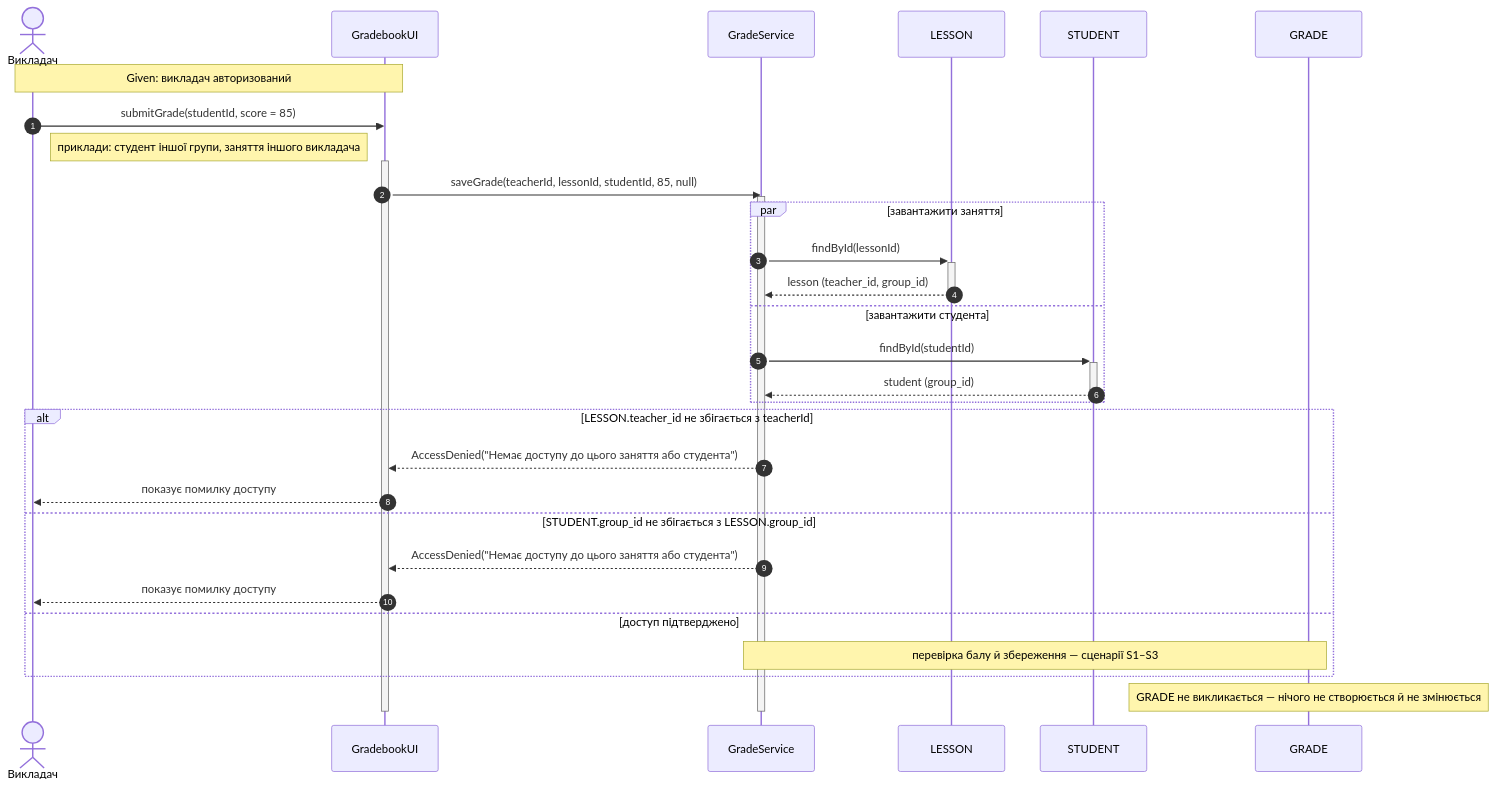
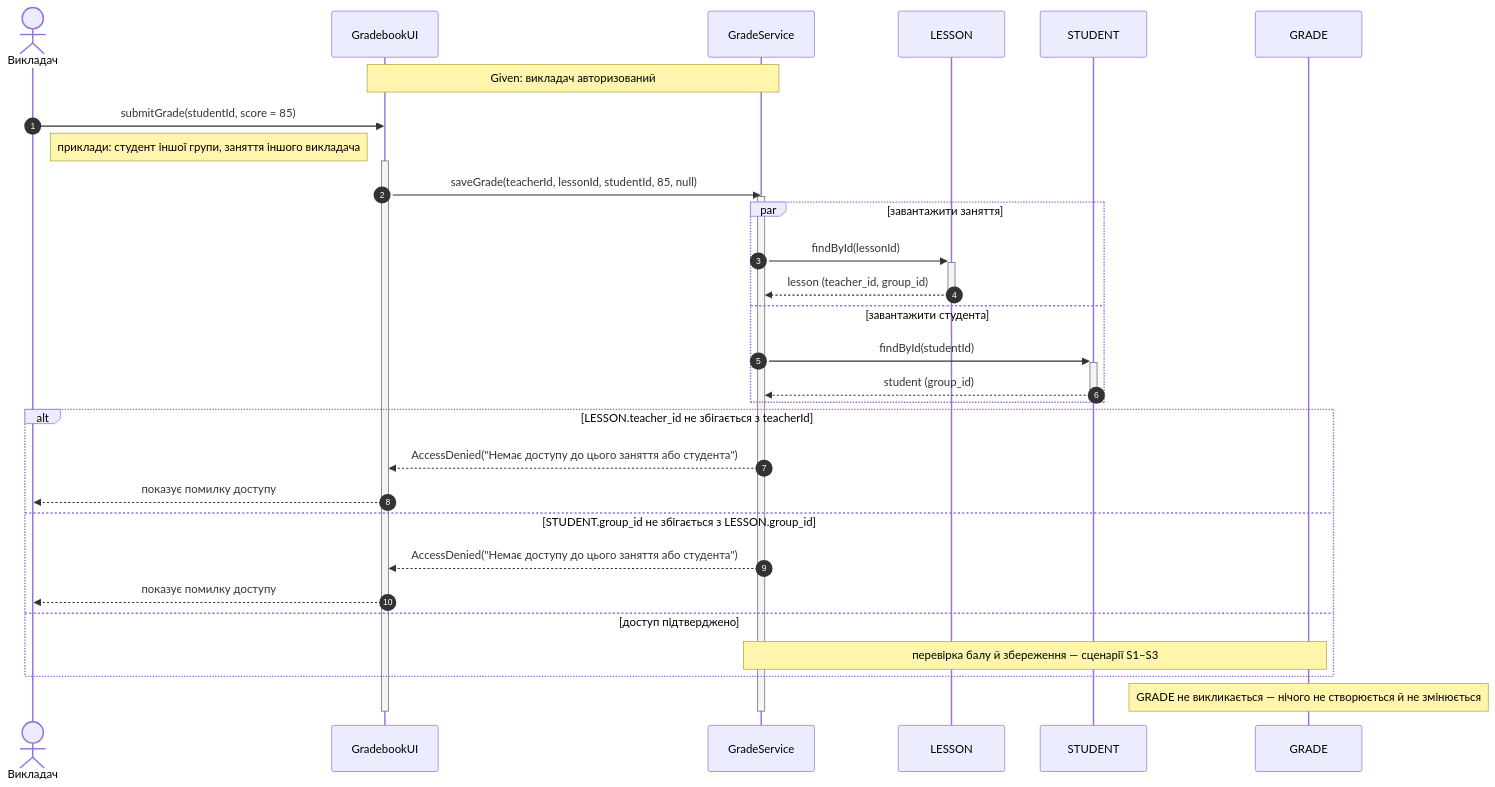
Before and after one commit to Mayki603/gradebook: the fourth of 6 diagrams in sequence-diagrams.md, drawn with Mermaid. The commit also changed other lines of this file, not shown here.

````diff
--- a/sequence-diagrams.md
+++ b/sequence-diagrams.md
@@ -168,36 +171,36 @@
 ```mermaid
 sequenceDiagram
     autonumber
     actor T as Викладач
     participant UI as GradebookUI
     participant GS as GradeService
     participant L as LESSON
     participant S as STUDENT
     participant G as GRADE
 
-    Note over T,UI: Given: викладач авторизований
+    Note over UI,GS: Given: викладач авторизований
     T->>UI: submitGrade(studentId, score = 85)
     Note right of T: приклади: студент іншої групи, заняття іншого викладача
     activate UI
     UI->>GS: saveGrade(teacherId, lessonId, studentId, 85, null)
     activate GS
     par завантажити заняття
         GS->>+L: findById(lessonId)
         L-->>-GS: lesson (teacher_id, group_id)
     and завантажити студента
         GS->>+S: findById(studentId)
         S-->>-GS: student (group_id)
     end
     alt LESSON.teacher_id не збігається з teacherId
         GS-->>UI: AccessDenied("Немає доступу до цього заняття або студента")
         UI-->>T: показує помилку доступу
     else STUDENT.group_id не збігається з LESSON.group_id
         GS-->>UI: AccessDenied("Немає доступу до цього заняття або студента")
         UI-->>T: показує помилку доступу
     else доступ підтверджено
         Note over GS,G: перевірка балу й збереження — сценарії S1–S3
     end
     Note over G: GRADE не викликається — нічого не створюється й не змінюється
     deactivate GS
     deactivate UI
 ```
````
